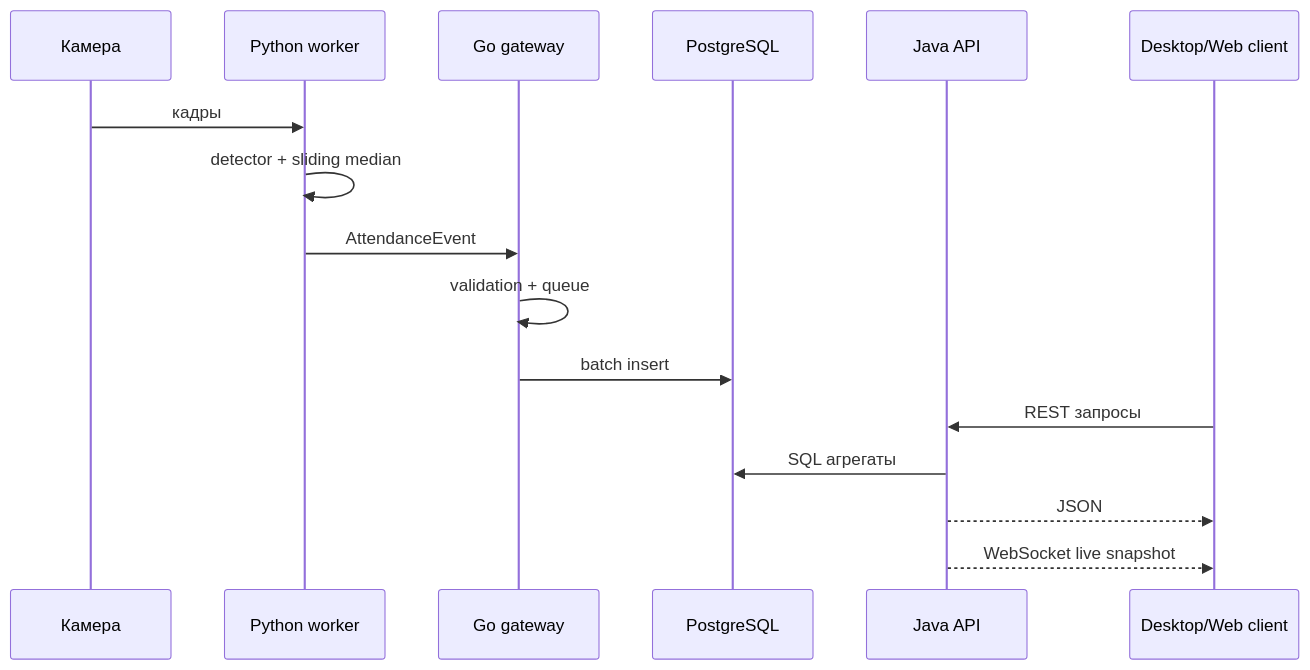
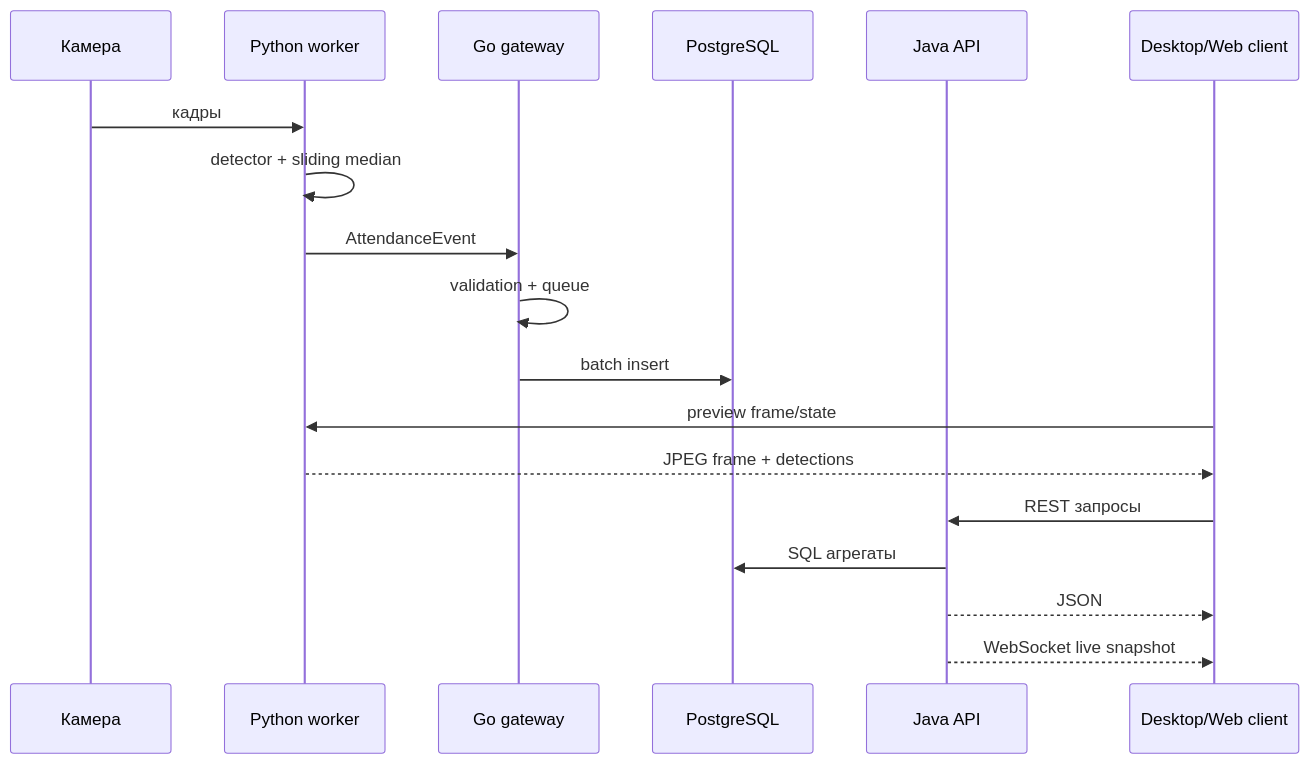
One commit to fakedesyncc/AudienceFlow changed the diagram in docs/architecture.md. Above: the diagram before and after it, drawn with Mermaid. The commit also changed other lines of this file and 11 other files, not shown here.

````diff
--- a/docs/architecture.md
+++ b/docs/architecture.md
@@ -18,19 +18,21 @@
 ```mermaid
 sequenceDiagram
     participant C as Камера
     participant W as Python worker
     participant G as Go gateway
     participant P as PostgreSQL
     participant A as Java API
     participant D as Desktop/Web client
 
     C->>W: кадры
     W->>W: detector + sliding median
     W->>G: AttendanceEvent
     G->>G: validation + queue
     G->>P: batch insert
+    D->>W: preview frame/state
+    W-->>D: JPEG frame + detections
     D->>A: REST запросы
     A->>P: SQL агрегаты
     A-->>D: JSON
     A-->>D: WebSocket live snapshot
 ```
````
